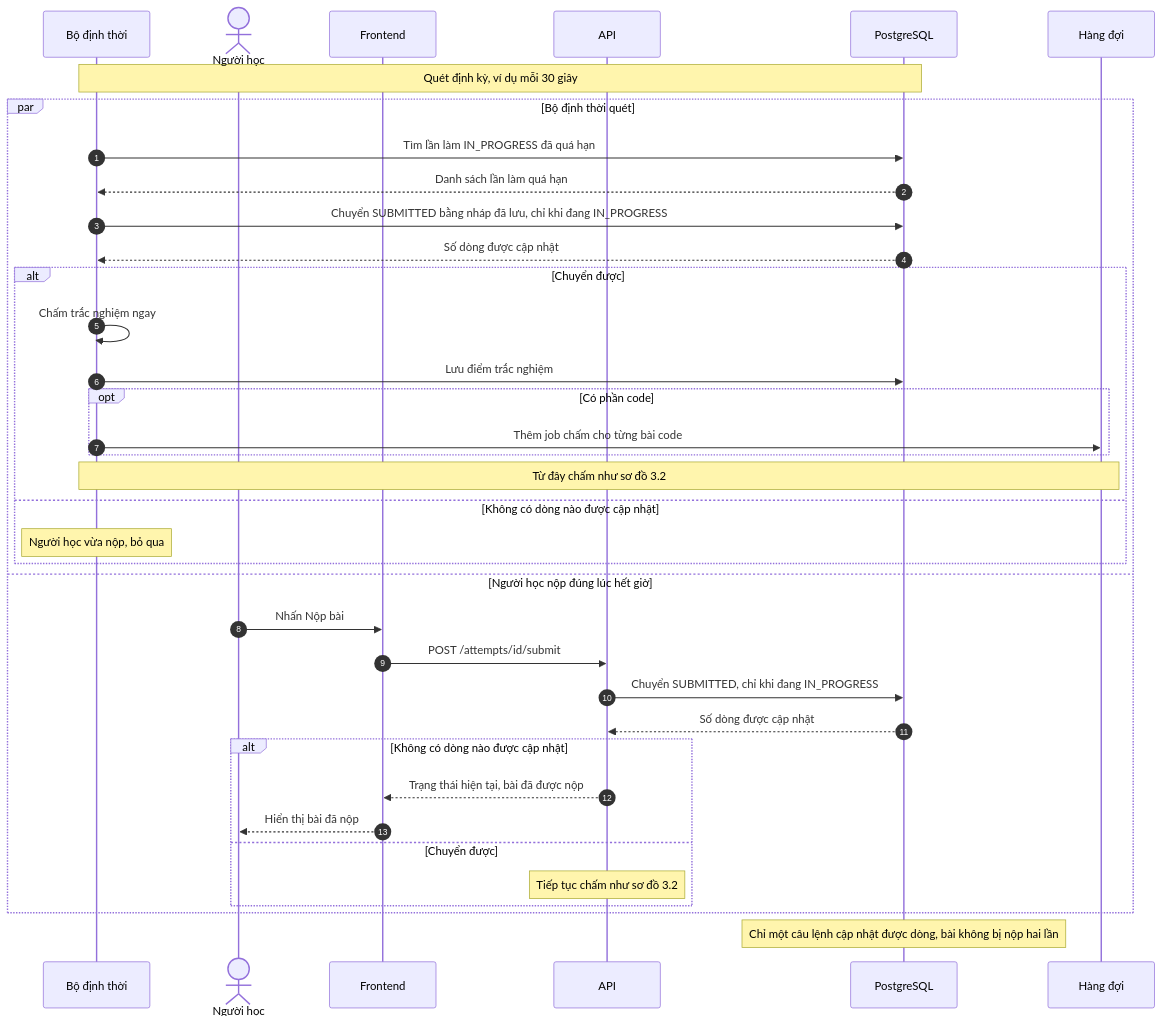
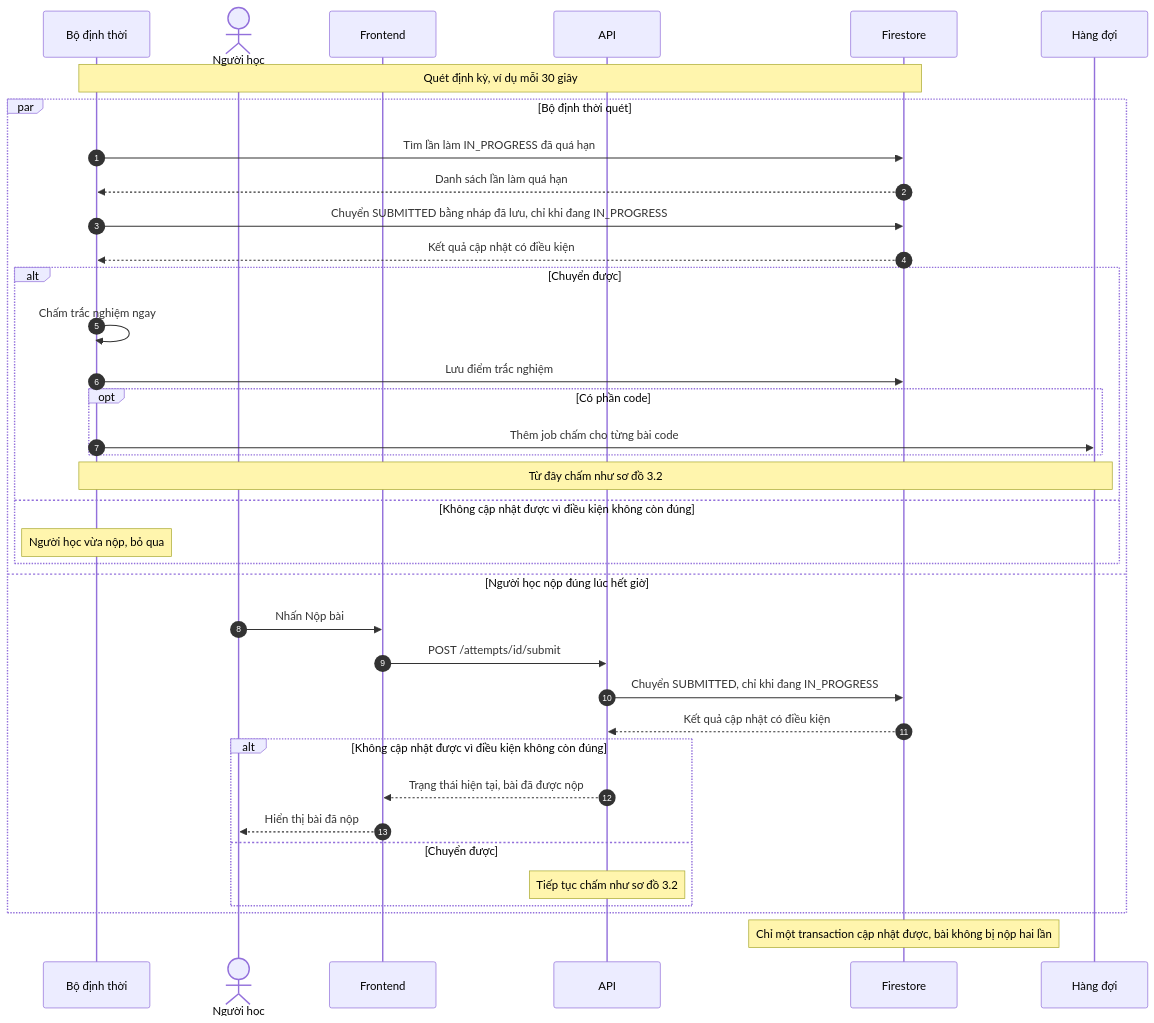
The fifth of 13 diagrams in docs/sequence-diagram.md (krisaleth/codepath), drawn with Mermaid before and after one commit. The commit also changed other lines of this file and 9 other files, not shown here.

First line of the commit message:
docs: đổi cơ sở dữ liệu từ PostgreSQL và Prisma sang Cloud Firestore

````diff
--- a/docs/sequence-diagram.md
+++ b/docs/sequence-diagram.md
@@ -340,44 +351,44 @@
 ```mermaid
 sequenceDiagram
   autonumber
   participant S as Bộ định thời
   actor L as Người học
   participant FE as Frontend
   participant API as API
-  participant DB as PostgreSQL
+  participant DB as Firestore
   participant Q as Hàng đợi
 
   Note over S,DB: Quét định kỳ, ví dụ mỗi 30 giây
 
   par Bộ định thời quét
     S->>DB: Tìm lần làm IN_PROGRESS đã quá hạn
     DB-->>S: Danh sách lần làm quá hạn
     S->>DB: Chuyển SUBMITTED bằng nháp đã lưu, chỉ khi đang IN_PROGRESS
-    DB-->>S: Số dòng được cập nhật
+    DB-->>S: Kết quả cập nhật có điều kiện
 
     alt Chuyển được
       S->>S: Chấm trắc nghiệm ngay
       S->>DB: Lưu điểm trắc nghiệm
       opt Có phần code
         S->>Q: Thêm job chấm cho từng bài code
       end
       Note over S,Q: Từ đây chấm như sơ đồ 3.2
-    else Không có dòng nào được cập nhật
+    else Không cập nhật được vì điều kiện không còn đúng
       Note over S: Người học vừa nộp, bỏ qua
     end
   and Người học nộp đúng lúc hết giờ
     L->>FE: Nhấn Nộp bài
     FE->>API: POST /attempts/id/submit
     API->>DB: Chuyển SUBMITTED, chỉ khi đang IN_PROGRESS
-    DB-->>API: Số dòng được cập nhật
+    DB-->>API: Kết quả cập nhật có điều kiện
 
-    alt Không có dòng nào được cập nhật
+    alt Không cập nhật được vì điều kiện không còn đúng
       API-->>FE: Trạng thái hiện tại, bài đã được nộp
       FE-->>L: Hiển thị bài đã nộp
     else Chuyển được
       Note over API: Tiếp tục chấm như sơ đồ 3.2
     end
   end
 
-  Note over DB: Chỉ một câu lệnh cập nhật được dòng, bài không bị nộp hai lần
+  Note over DB: Chỉ một transaction cập nhật được, bài không bị nộp hai lần
 ```
````
